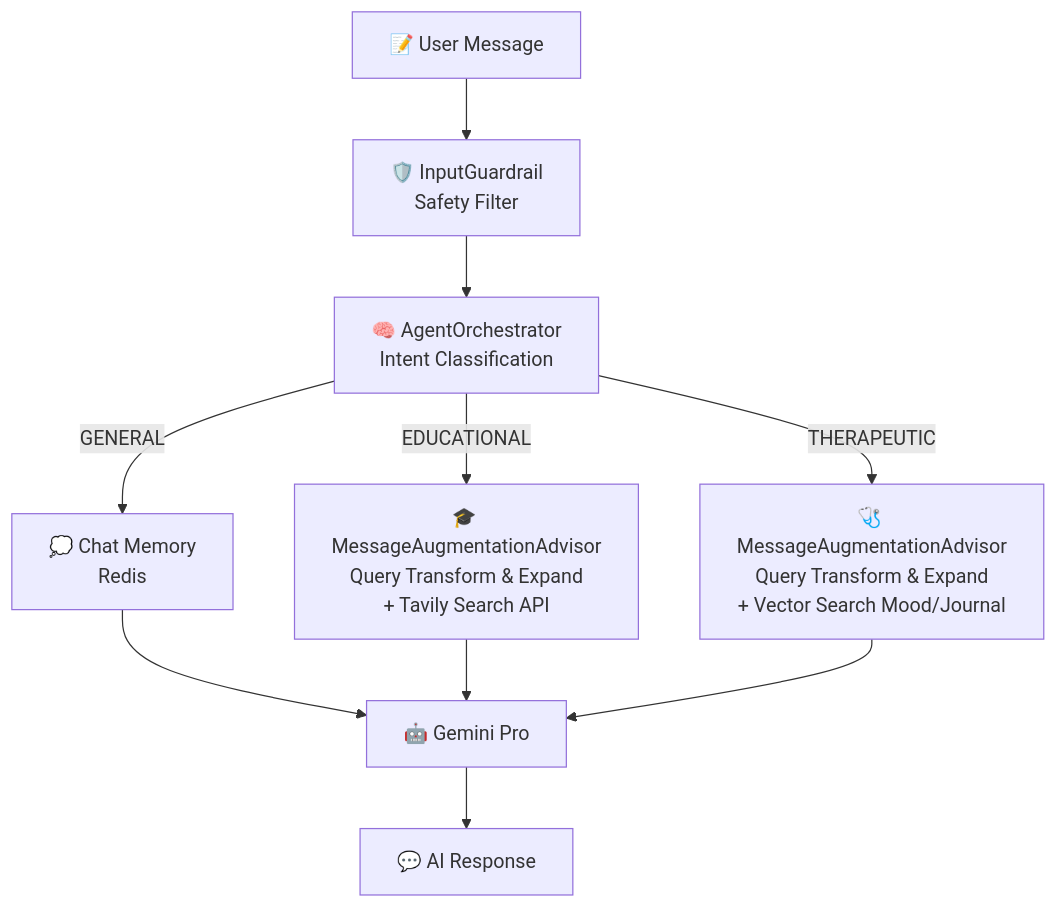
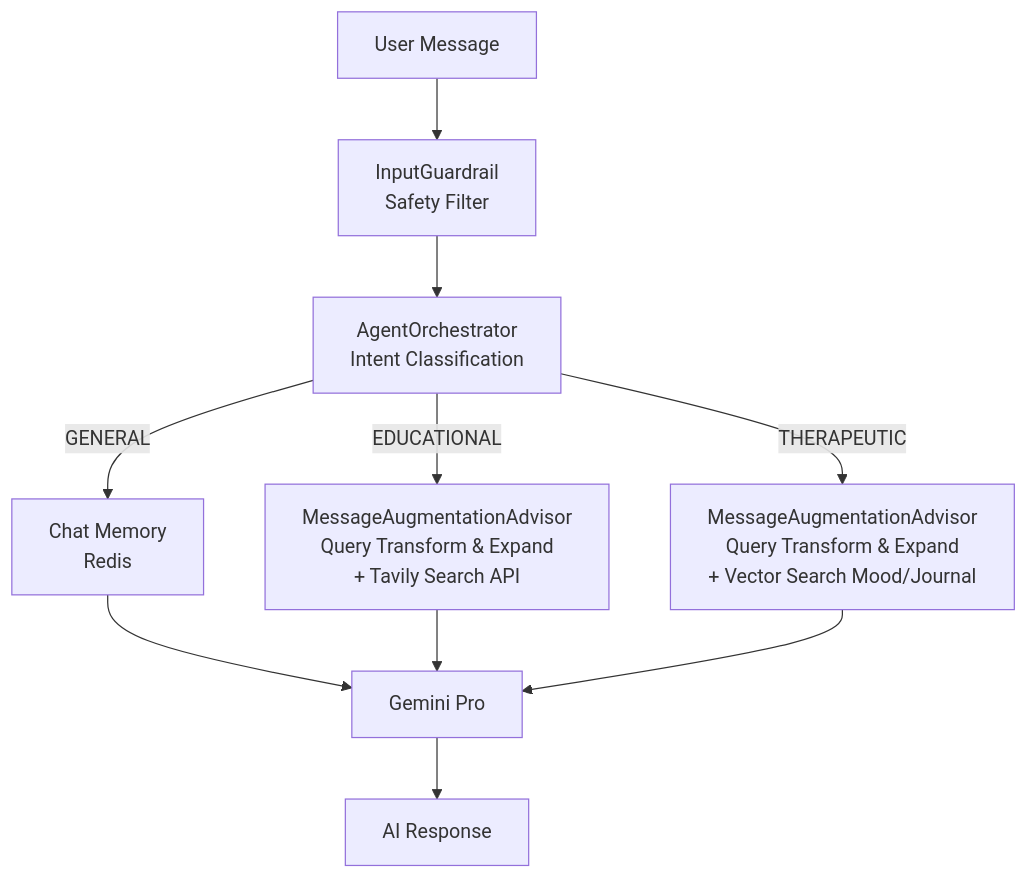
Before and after one commit to peterhonne/MindBridge: the second of 2 diagrams in README.md, drawn with Mermaid. The commit also changed other lines of this file, not shown here.

````diff
--- a/README.md
+++ b/README.md
@@ -63,16 +63,16 @@
 ```mermaid
 graph TD
-    Input[📝 User Message] --> Guard[🛡️ InputGuardrail<br/>Safety Filter]
-    Guard --> Classifier[🧠 AgentOrchestrator<br/>Intent Classification]
+    Input[User Message] --> Guard[InputGuardrail<br/>Safety Filter]
+    Guard --> Classifier[AgentOrchestrator<br/>Intent Classification]
     
-    Classifier -->|GENERAL| Memory[💭 Chat Memory<br/>Redis] --> LLM[🤖 Gemini Pro]
+    Classifier -->|GENERAL| Memory[Chat Memory<br/>Redis] --> LLM[Gemini Pro]
     
-    Classifier -->|EDUCATIONAL| EduAdvisor[🎓 MessageAugmentationAdvisor<br/>Query Transform & Expand<br/>+ Tavily Search API]
+    Classifier -->|EDUCATIONAL| EduAdvisor[MessageAugmentationAdvisor<br/>Query Transform & Expand<br/>+ Tavily Search API]
     
-    Classifier -->|THERAPEUTIC| TherapyAdvisor[🩺 MessageAugmentationAdvisor<br/>Query Transform & Expand<br/>+ Vector Search Mood/Journal]
+    Classifier -->|THERAPEUTIC| TherapyAdvisor[MessageAugmentationAdvisor<br/>Query Transform & Expand<br/>+ Vector Search Mood/Journal]
     
     EduAdvisor --> LLM
     TherapyAdvisor --> LLM
     
-    LLM --> Response[💬 AI Response]
+    LLM --> Response[AI Response]
 ```
````
